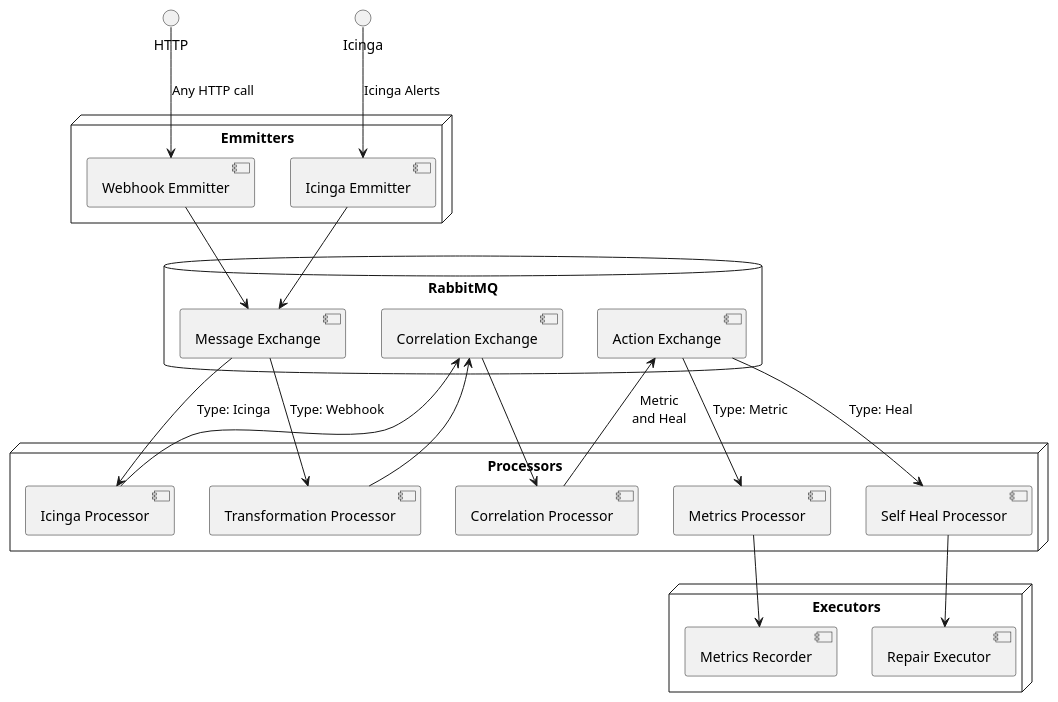
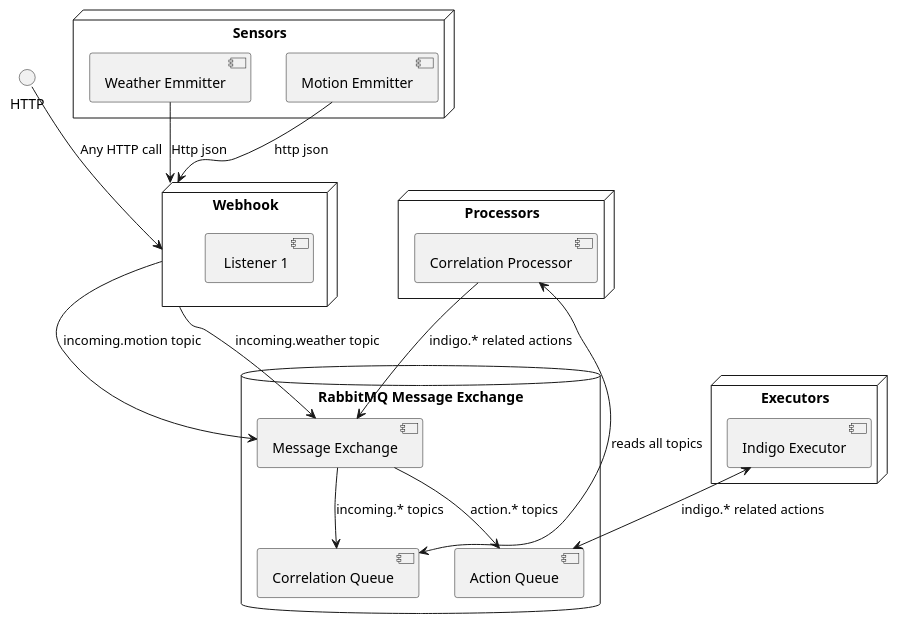
One commit to davidasnider/cava changed the diagram in queue_processing.puml. Above: the diagram before and after it, drawn with PlantUML. The commit also changed 2 other files, not shown here.

Commit message:
fix diagrams

```diff
--- a/queue_processing.puml
+++ b/queue_processing.puml
@@ -1,43 +1,38 @@
 @startuml
 
-node "Emmitters" {
-    [Webhook Emmitter]
-    [Icinga Emmitter]
+node "Sensors" {
+    [Weather Emmitter]
+    [Motion Emmitter]
 }
 
-database "RabbitMQ" {
+node "Webhook" {
+    [ Listener 1]
+}
+
+database "RabbitMQ Message Exchange" as exchange {
     [Message Exchange]
-    [Correlation Exchange]
-    [Action Exchange]
+    [Correlation Queue]
+    [Action Queue]
 }
 
 node "Processors" {
-    [Transformation Processor]
-    [Icinga Processor]
     [Correlation Processor]
-    [Self Heal Processor]
-    [Metrics Processor]
 }
 
 node "Executors" {
-    [Repair Executor]
-    [Metrics Recorder]
+    [Indigo Executor]
+    ' [Metrics Publisher]
 }
 
-HTTP --> [Webhook Emmitter] : Any HTTP call
-Icinga --> [Icinga Emmitter] : Icinga Alerts
-[Icinga Emmitter] --> [Message Exchange]
-[Webhook Emmitter] --> [Message Exchange]
-[Message Exchange] --> [Icinga Processor] : Type: Icinga
-[Message Exchange] --> [Transformation Processor] : Type: Webhook
-[Icinga Processor] --> [Correlation Exchange]
-[Transformation Processor] --> [Correlation Exchange]
-[Correlation Exchange] --> [Correlation Processor]
-[Correlation Processor] --> [Action Exchange] : Metric\nand Heal
-[Action Exchange] --> [Self Heal Processor] : Type: Heal
-[Self Heal Processor] --> [Repair Executor]
-[Action Exchange] --> [Metrics Processor] : Type: Metric
-[Metrics Processor] --> [Metrics Recorder]
-
+HTTP --> Webhook : Any HTTP call
+[Weather Emmitter] --> Webhook: Http json
+[Motion Emmitter] --> Webhook: http json
+Webhook --> [Message Exchange]: incoming.motion topic
+Webhook --> [Message Exchange]: incoming.weather topic
+[Message Exchange] --> [Correlation Queue]: incoming.* topics
+[Message Exchange] --> [Action Queue]: action.* topics
+[Correlation Processor] <--> [Correlation Queue]: reads all topics
+[Correlation Processor] --> [Message Exchange]: indigo.* related actions
+[Indigo Executor] <--> [Action Queue]: indigo.* related actions
 
 @enduml
```
